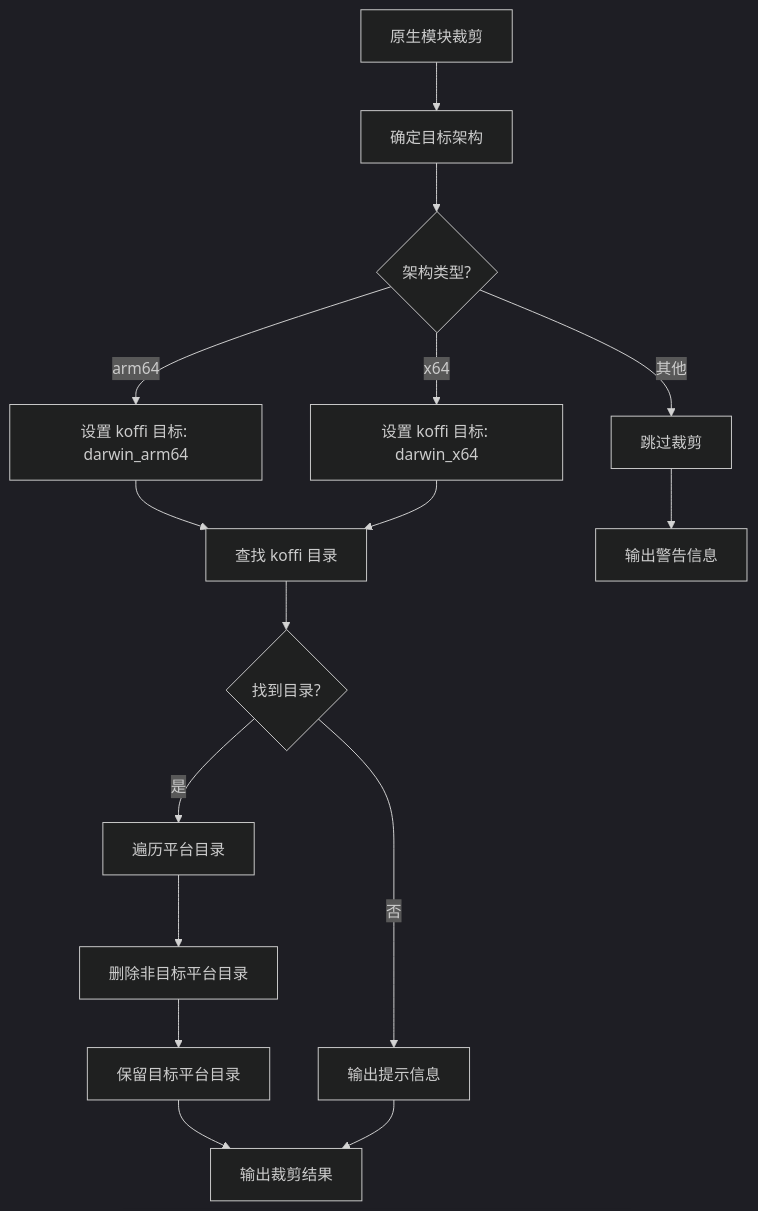
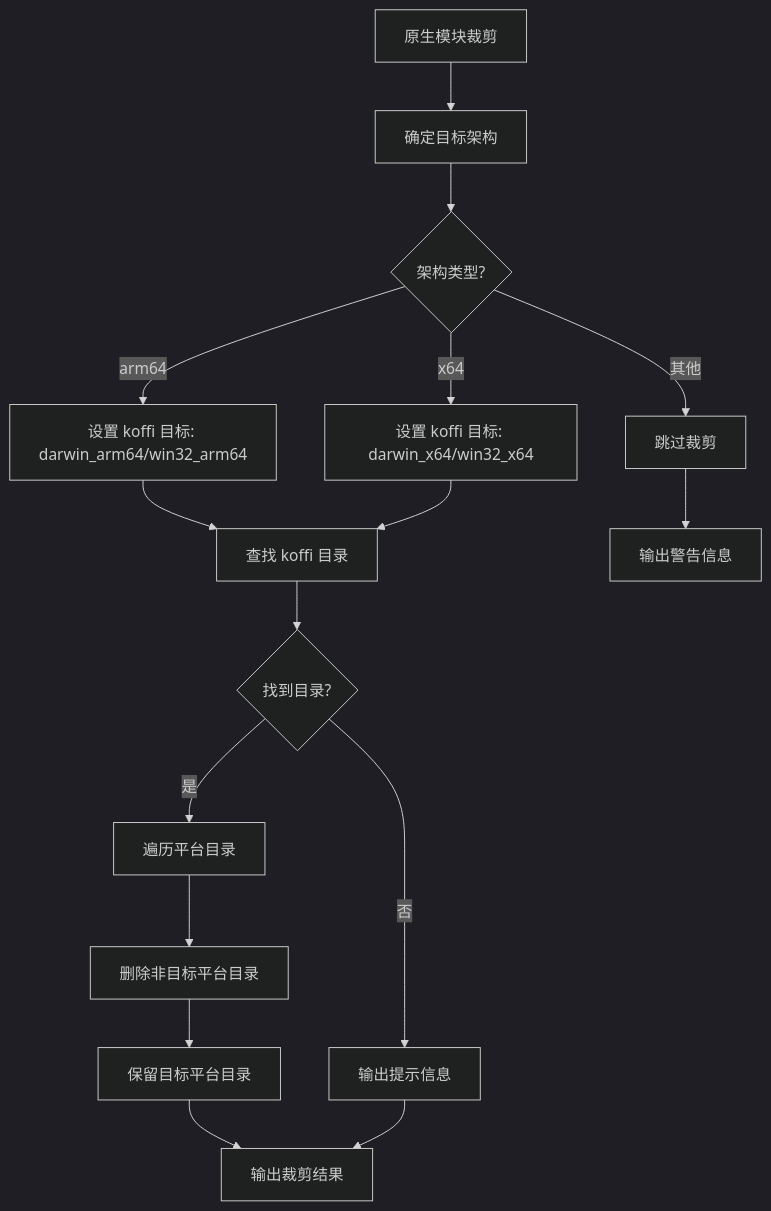
One commit to verse-ai-org/openclaw changed diagram 11 of 18 in .qoder/repowiki/zh/content/Electron Packaging Configuration.md. Above: the diagram before and after it, drawn with Mermaid (dark theme). The commit also changed other lines of this file and 75 other files, not shown here.

````diff
--- a/.qoder/repowiki/zh/content/Electron Packaging Configuration.md
+++ b/.qoder/repowiki/zh/content/Electron Packaging Configuration.md
@@ -576,18 +613,18 @@
 ```mermaid
 flowchart TD
 A[原生模块裁剪] --> B[确定目标架构]
 B --> C{架构类型?}
-C --> |arm64| D[设置 koffi 目标: darwin_arm64]
-C --> |x64| E[设置 koffi 目标: darwin_x64]
+C --> |arm64| D[设置 koffi 目标: darwin_arm64/win32_arm64]
+C --> |x64| E[设置 koffi 目标: darwin_x64/win32_x64]
 C --> |其他| F[跳过裁剪]
 D --> G[查找 koffi 目录]
 E --> G
 F --> H[输出警告信息]
 G --> I{找到目录?}
 I --> |否| J[输出提示信息]
 I --> |是| K[遍历平台目录]
 K --> L[删除非目标平台目录]
 L --> M[保留目标平台目录]
 M --> N[输出裁剪结果]
 J --> N
 ```
````
